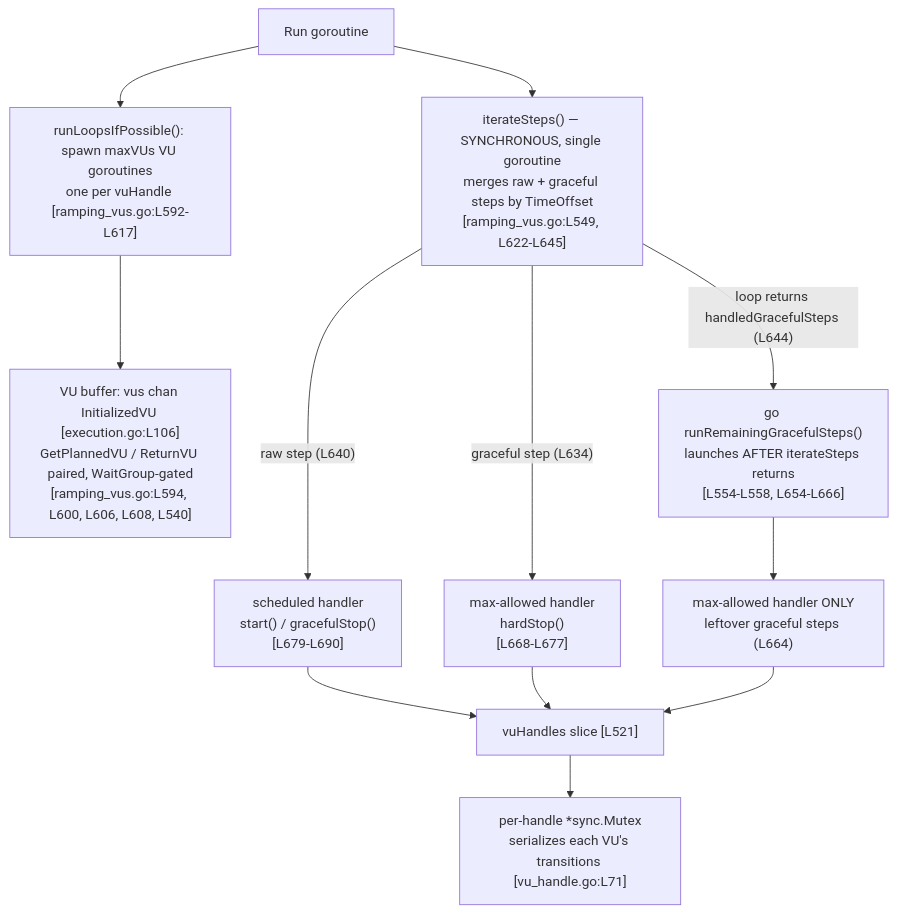
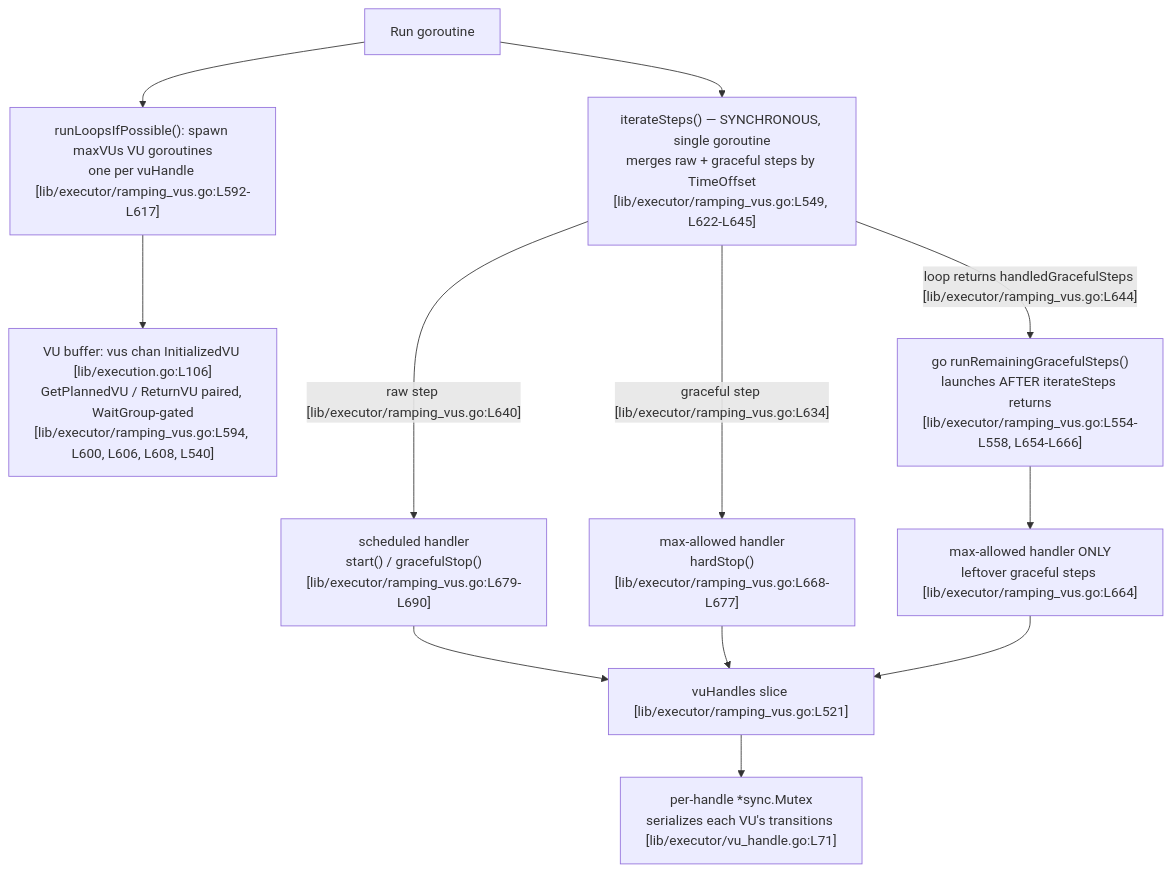
The diagram in blitzy/documentation/k6_ddc3b0b1d23c.md (blitzy-research/k6), drawn with Mermaid before and after one commit. The commit also changed other lines of this file, not shown here.

First paragraph of the commit message:
docs(k6 analysis): fix QA evidence/citation defects in k6_ddc3b0b1d23c.md
Resolves 3 QA final-acceptance findings in the single deliverable (analysis-only; no source changes):

````diff
--- a/blitzy/documentation/k6_ddc3b0b1d23c.md
+++ b/blitzy/documentation/k6_ddc3b0b1d23c.md
@@ -68,15 +68,15 @@
 ```mermaid
 flowchart TD
-    Run["Run goroutine"] --> Spawn["runLoopsIfPossible(): spawn maxVUs VU goroutines<br/>one per vuHandle [ramping_vus.go:L592-L617]"]
-    Run --> Iterate["iterateSteps() — SYNCHRONOUS, single goroutine<br/>merges raw + graceful steps by TimeOffset<br/>[ramping_vus.go:L549, L622-L645]"]
-    Iterate -->|"raw step (L640)"| SchedH["scheduled handler<br/>start() / gracefulStop()<br/>[L679-L690]"]
-    Iterate -->|"graceful step (L634)"| MaxH["max-allowed handler<br/>hardStop()<br/>[L668-L677]"]
-    Iterate -->|"loop returns handledGracefulSteps (L644)"| Handoff["go runRemainingGracefulSteps()<br/>launches AFTER iterateSteps returns<br/>[L554-L558, L654-L666]"]
-    Handoff --> MaxH2["max-allowed handler ONLY<br/>leftover graceful steps (L664)"]
-    SchedH --> Slice["vuHandles slice [L521]"]
+    Run["Run goroutine"] --> Spawn["runLoopsIfPossible(): spawn maxVUs VU goroutines<br/>one per vuHandle [lib/executor/ramping_vus.go:L592-L617]"]
+    Run --> Iterate["iterateSteps() — SYNCHRONOUS, single goroutine<br/>merges raw + graceful steps by TimeOffset<br/>[lib/executor/ramping_vus.go:L549, L622-L645]"]
+    Iterate -->|"raw step [lib/executor/ramping_vus.go:L640]"| SchedH["scheduled handler<br/>start() / gracefulStop()<br/>[lib/executor/ramping_vus.go:L679-L690]"]
+    Iterate -->|"graceful step [lib/executor/ramping_vus.go:L634]"| MaxH["max-allowed handler<br/>hardStop()<br/>[lib/executor/ramping_vus.go:L668-L677]"]
+    Iterate -->|"loop returns handledGracefulSteps [lib/executor/ramping_vus.go:L644]"| Handoff["go runRemainingGracefulSteps()<br/>launches AFTER iterateSteps returns<br/>[lib/executor/ramping_vus.go:L554-L558, L654-L666]"]
+    Handoff --> MaxH2["max-allowed handler ONLY<br/>leftover graceful steps [lib/executor/ramping_vus.go:L664]"]
+    SchedH --> Slice["vuHandles slice [lib/executor/ramping_vus.go:L521]"]
     MaxH --> Slice
     MaxH2 --> Slice
-    Slice --> Mutex["per-handle *sync.Mutex<br/>serializes each VU's transitions [vu_handle.go:L71]"]
-    Spawn --> Buffer["VU buffer: vus chan InitializedVU [execution.go:L106]<br/>GetPlannedVU / ReturnVU paired, WaitGroup-gated<br/>[ramping_vus.go:L594, L600, L606, L608, L540]"]
+    Slice --> Mutex["per-handle *sync.Mutex<br/>serializes each VU's transitions [lib/executor/vu_handle.go:L71]"]
+    Spawn --> Buffer["VU buffer: vus chan InitializedVU [lib/execution.go:L106]<br/>GetPlannedVU / ReturnVU paired, WaitGroup-gated<br/>[lib/executor/ramping_vus.go:L594, L600, L606, L608, L540]"]
 %% Both handler closures run on the SAME goroutine via iterateSteps; the trailing graceful goroutine starts only AFTER the merge loop returns and uses only the max-allowed handler.
 ```
````
